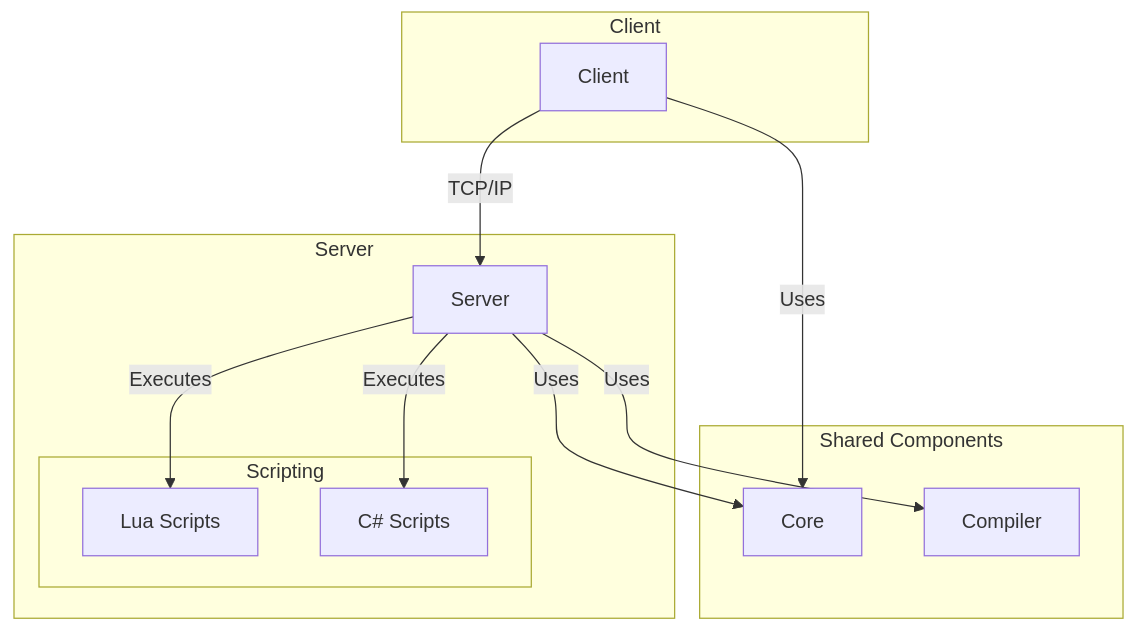
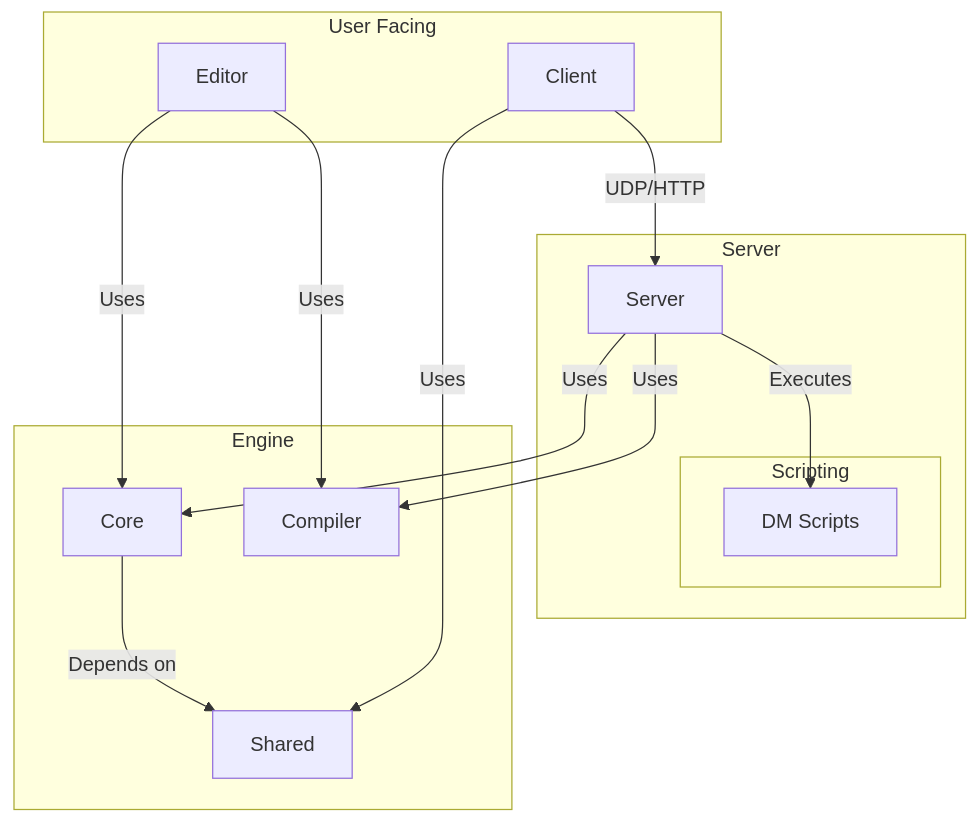
Before and after one commit to jojorwu/BYOND-2.0: the diagram in docs/en/architecture.md, drawn with Mermaid. The commit also changed other lines of this file and 9 other files, not shown here.

````diff
--- a/docs/en/architecture.md
+++ b/docs/en/architecture.md
@@ -19,26 +36,30 @@
 ```mermaid
 graph TD
-    subgraph Client
+    subgraph "User Facing"
         C[Client]
+        E[Editor]
     end
 
     subgraph Server
         S[Server]
         subgraph Scripting
-            LUA[Lua Scripts]
-            CS[C# Scripts]
+            DM[DM Scripts]
         end
     end
 
-    subgraph Shared Components
+    subgraph "Engine"
         Co[Core]
+        Sh[Shared]
         CMP[Compiler]
     end
 
-    C -- "TCP/IP" --> S
+    Co -- "Depends on" --> Sh
     S -- "Uses" --> Co
-    C -- "Uses" --> Co
-    S -- "Executes" --> LUA
-    S -- "Executes" --> CS
+    C -- "Uses" --> Sh
+    E -- "Uses" --> Co
+    E -- "Uses" --> CMP
     S -- "Uses" --> CMP
+    S -- "Executes" --> DM
+
+    C -- "UDP/HTTP" --> S
 ```
````
